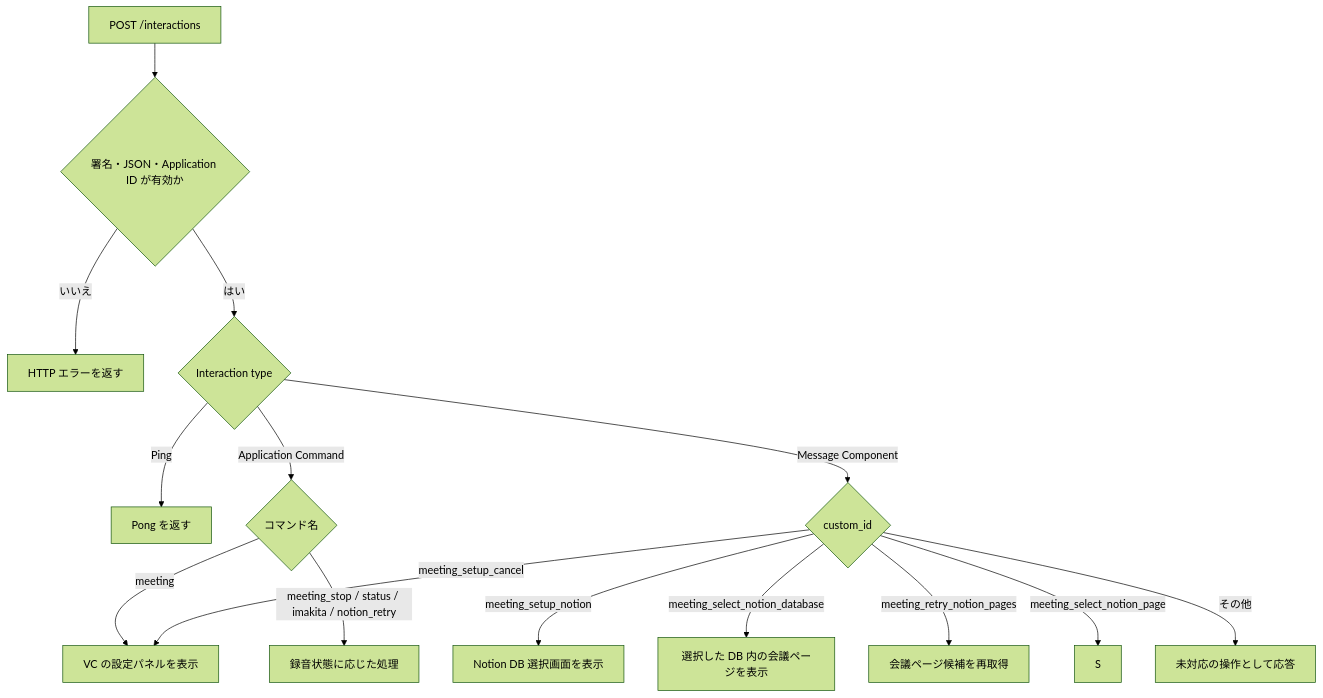
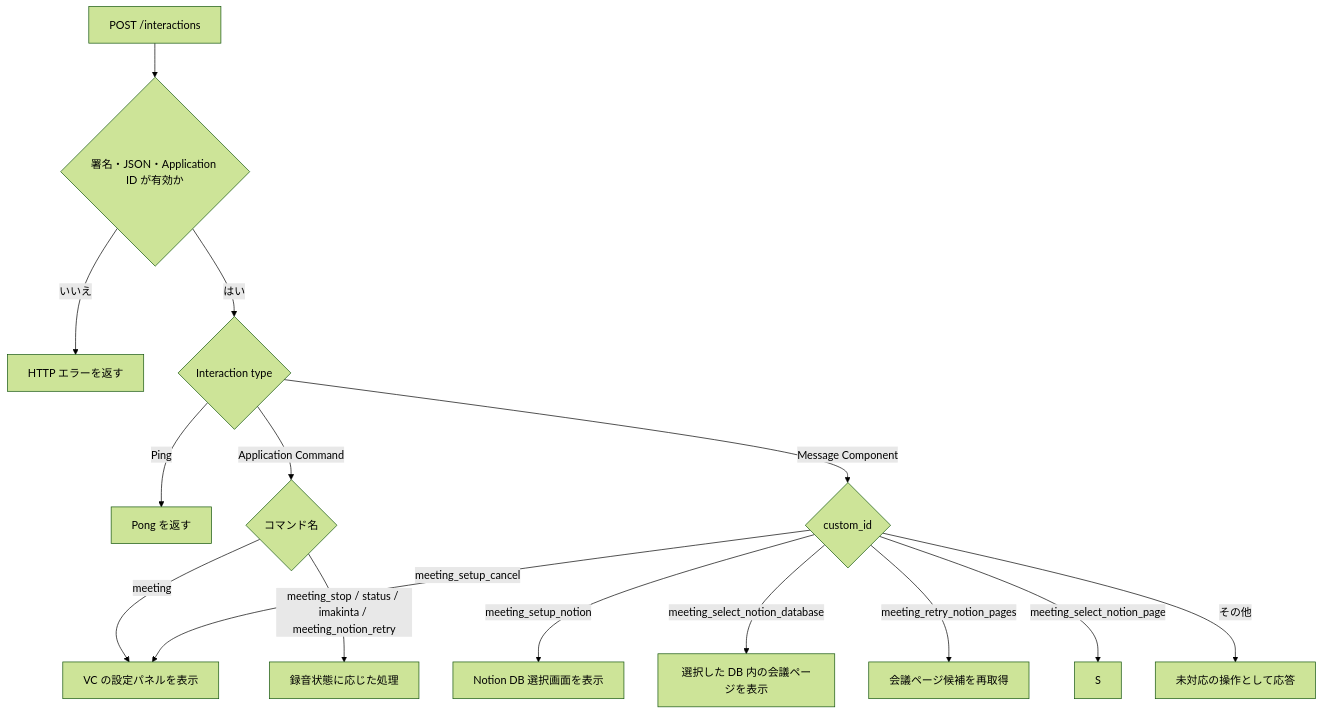
One commit to tuatmcc/ai-meeting-minutes-bot changed the first of 2 diagrams in docs/discord-interaction-flows.md. Above: the diagram before and after it, drawn with Mermaid (forest theme). The commit also changed other lines of this file and 6 other files, not shown here.

Commit message:
Rename status and imakinta commands (#61)

````diff
--- a/docs/discord-interaction-flows.md
+++ b/docs/discord-interaction-flows.md
@@ -9,18 +9,18 @@
 ```mermaid
 flowchart TD
     A["POST /interactions"] --> B{"署名・JSON・Application ID が有効か"}
     B -->|いいえ| X["HTTP エラーを返す"]
     B -->|はい| C{"Interaction type"}
     C -->|Ping| P["Pong を返す"]
     C -->|Application Command| D{"コマンド名"}
     C -->|Message Component| E{"custom_id"}
     D -->|meeting| M["VC の設定パネルを表示"]
-    D -->|meeting_stop / status / imakita / notion_retry| O["録音状態に応じた処理"]
+    D -->|meeting_stop / status / imakinta / meeting_notion_retry| O["録音状態に応じた処理"]
 
     E -->|meeting_setup_notion| N["Notion DB 選択画面を表示"]
     E -->|meeting_select_notion_database| Q["選択した DB 内の会議ページを表示"]
     E -->|meeting_retry_notion_pages| R["会議ページ候補を再取得"]
     E -->|meeting_select_notion_page| S
     E -->|meeting_setup_cancel| M
     E -->|その他| U["未対応の操作として応答"]
 ```
````
